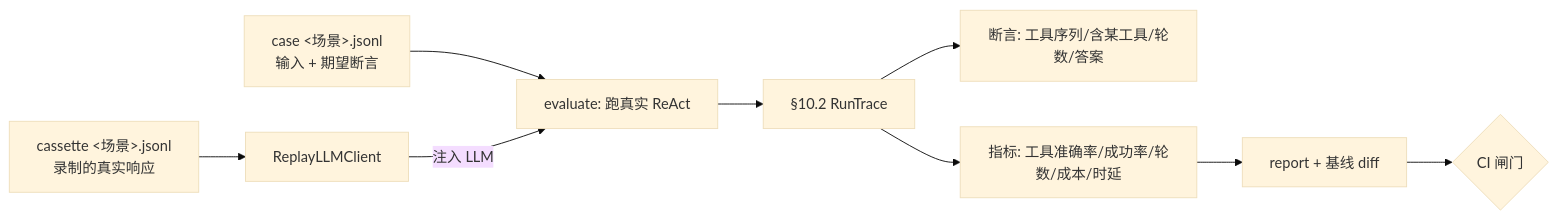
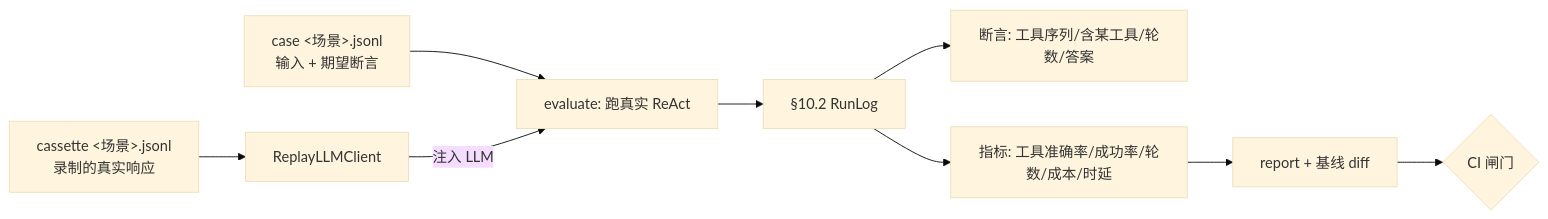
One commit to hxy2321548628/agent_mvp changed the second of 4 diagrams in doc/agent-design/10-evaluation.md. Above: the diagram before and after it, drawn with Mermaid (base theme). The commit also changed other lines of this file and 32 other files, not shown here.

First line of the commit message:
refactor(log): 合并 Log 与 Observe 为结构化运行日志 RunLog

````diff
--- a/doc/agent-design/10-evaluation.md
+++ b/doc/agent-design/10-evaluation.md
@@ -39,10 +38,10 @@
 ```mermaid
 flowchart LR
     case["case &lt;场景&gt;.jsonl<br/>输入 + 期望断言"] --> runner
     cass["cassette &lt;场景&gt;.jsonl<br/>录制的真实响应"] --> replay["ReplayLLMClient"]
     replay -->|注入 LLM| runner["evaluate: 跑真实 ReAct"]
-    runner --> trace["§10.2 RunTrace"]
-    trace --> chk["断言: 工具序列/含某工具/轮数/答案"]
-    trace --> met["指标: 工具准确率/成功率/轮数/成本/时延"]
+    runner --> rl["§10.2 RunLog"]
+    rl --> chk["断言: 工具序列/含某工具/轮数/答案"]
+    rl --> met["指标: 工具准确率/成功率/轮数/成本/时延"]
     met --> rep["report + 基线 diff"] --> ci{"CI 闸门"}
 ```
````
